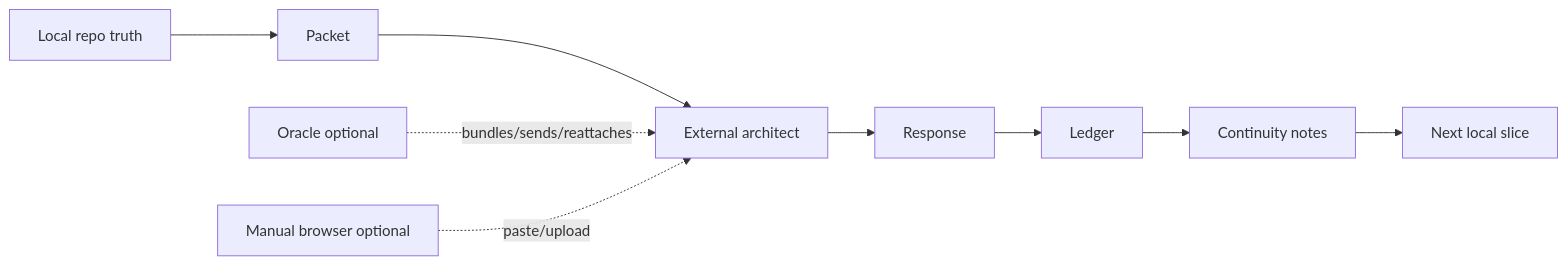
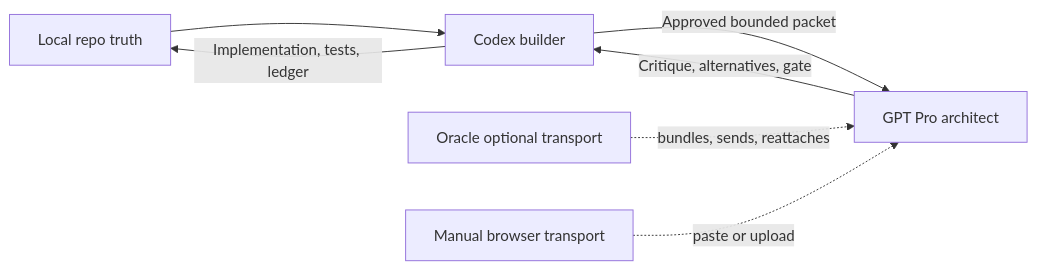
Before and after one commit to youngchangjo/gpt-pro-architect-loop: the second of 2 diagrams in README.md, drawn with Mermaid. The commit also changed other lines of this file and 2 other files, not shown here.

Commit message:
Explain the architect loop and add bilingual infographics

````diff
--- a/README.md
+++ b/README.md
@@ -76,12 +116,9 @@
 ```mermaid
 flowchart LR
-  A[Local repo truth] --> B[Packet]
-  B --> C[External architect]
-  C --> D[Response]
-  D --> E[Ledger]
-  E --> F[Continuity notes]
-  F --> G[Next local slice]
-
-  H[Oracle optional] -. bundles/sends/reattaches .-> C
-  I[Manual browser optional] -. paste/upload .-> C
+  R[Local repo truth] --> C[Codex builder]
+  C -->|Approved bounded packet| P[GPT Pro architect]
+  P -->|Critique, alternatives, gate| C
+  C -->|Implementation, tests, ledger| R
+  O[Oracle optional transport] -. bundles, sends, reattaches .-> P
+  M[Manual browser transport] -. paste or upload .-> P
 ```
````
